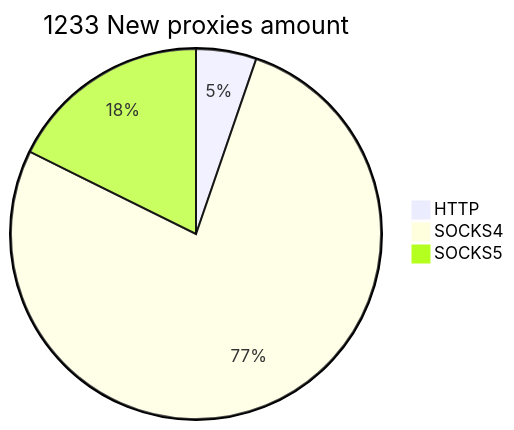
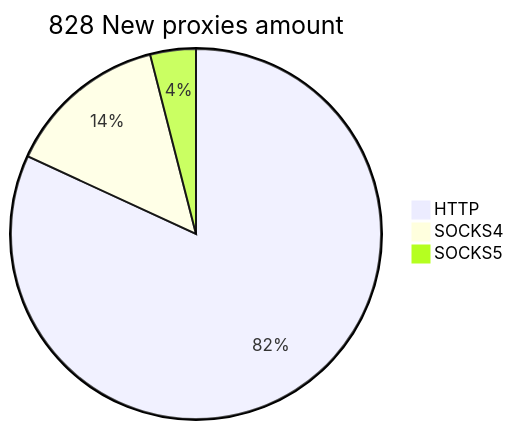
One commit to cutipu/proxylist changed the second of 2 diagrams in README.md. Above: the diagram before and after it, drawn with Mermaid. The commit also changed other lines of this file, not shown here.

````diff
--- a/README.md
+++ b/README.md
@@ -10,6 +10,6 @@
 ```mermaid
-pie title 1233 New proxies amount
-    "HTTP" : 65
-    "SOCKS4" : 950
-    "SOCKS5" : 218
+pie title 828 New proxies amount
+    "HTTP" : 678
+    "SOCKS4" : 117
+    "SOCKS5" : 33
 ```
````
